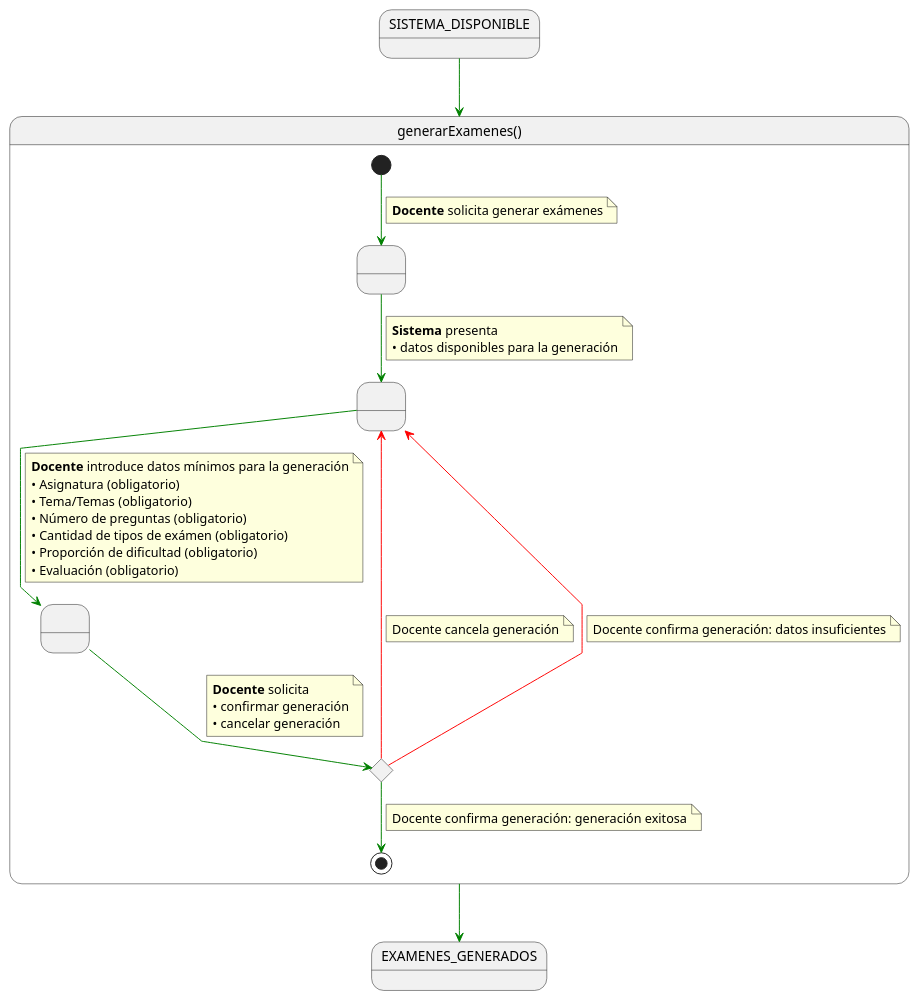
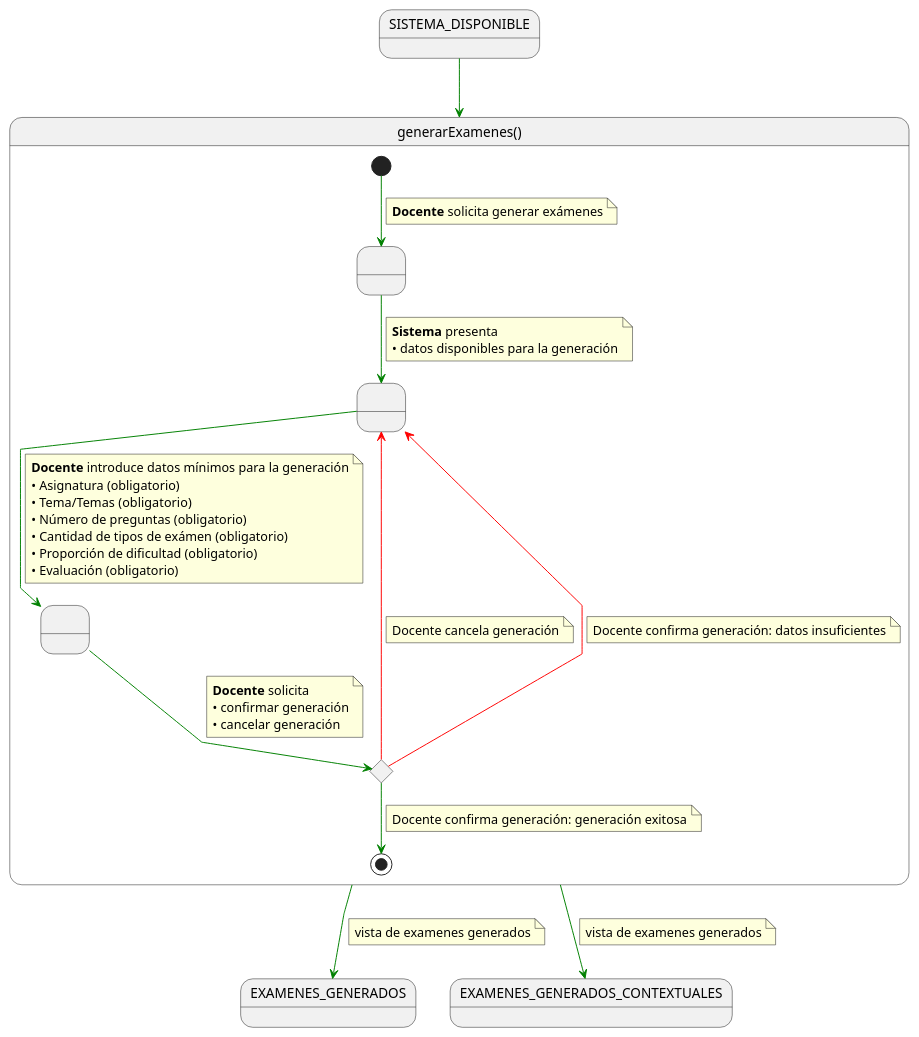
The diagram in documents/casos-de-uso/detalladoCasosDeUso/generarExamenes/generarExamenes.puml (martinlopez7/25-26-IdSw1-SdR), drawn with PlantUML before and after one commit. The commit also changed 1 other file, not shown here.

Commit message:
fix(cu): Más información sobre los estados de EXAMENES_GENERADOS y EXAMENES_GENERADOS_CONTEXTUALES [refs #98]

```diff
--- a/documents/casos-de-uso/detalladoCasosDeUso/generarExamenes/generarExamenes.puml
+++ b/documents/casos-de-uso/detalladoCasosDeUso/generarExamenes/generarExamenes.puml
@@ -1,61 +1,72 @@
 @startuml generar
 
 skinparam linetype polyline
 
 state generarExamenes as "generarExamenes()" {
 
     state " " as RequiringGeneration
     state " " as ProvidingData
     state " " as ProvidingConfirmation
     state c <<choice>>
 
     [*] -[#green]-> RequiringGeneration 
     note on link
     <b>Docente</b> solicita generar exámenes
     end note    
     
     RequiringGeneration -[#green]-> ProvidingData
     note on link
     <b>Sistema</b> presenta
     • datos disponibles para la generación
     end note
     
     ProvidingData -[#green]-> ProvidingConfirmation
     note on link
     <b>Docente</b> introduce datos mínimos para la generación
     • Asignatura (obligatorio)
     • Tema/Temas (obligatorio)
     • Número de preguntas (obligatorio)
     • Cantidad de tipos de exámen (obligatorio)
     • Proporción de dificultad (obligatorio)
     • Evaluación (obligatorio)
     end note
     
     ProvidingConfirmation -[#green]-> c
     note on link
     <b>Docente</b> solicita
     • confirmar generación
     • cancelar generación
     end note
     
     c -[#red]-> ProvidingData
     note on link
     Docente cancela generación
     end note
 
     c -[#red]-> ProvidingData
     note on link
     Docente confirma generación: datos insuficientes
     end note
 
     c -[#green]-> [*]
     note on link
     Docente confirma generación: generación exitosa
     end note
 }
 
+state EXAMENES_GENERADOS
+state EXAMENES_GENERADOS_CONTEXTUALES
+
 SISTEMA_DISPONIBLE -[#green]-> generarExamenes
 
 generarExamenes -[#green]-> EXAMENES_GENERADOS
+note on link
+  vista de examenes generados
+end note
+
+generarExamenes -[#green]-> EXAMENES_GENERADOS_CONTEXTUALES
+note on link
+  vista de examenes generados
+end note
 
 @enduml
```
